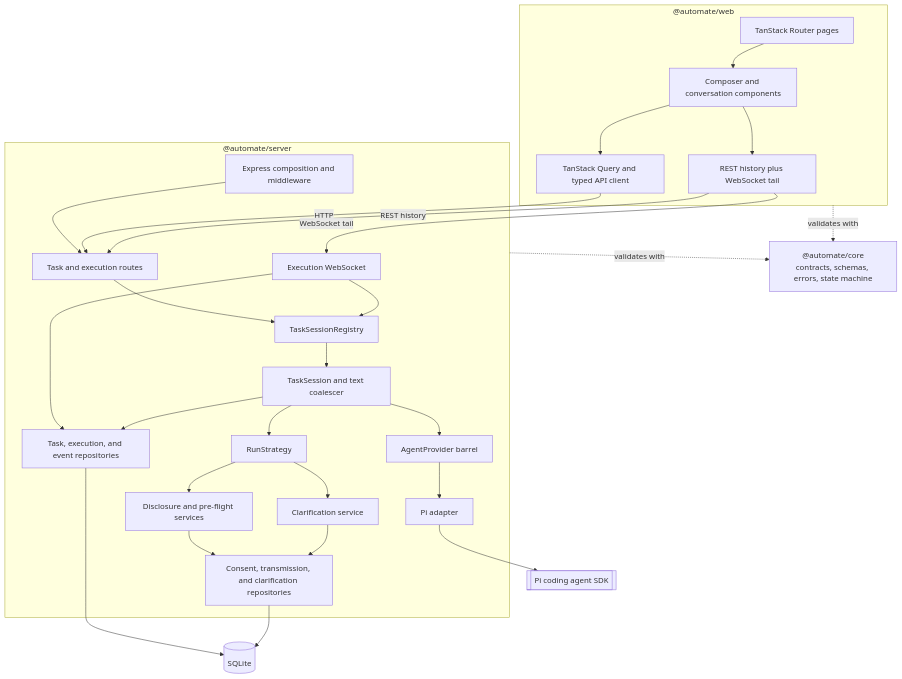
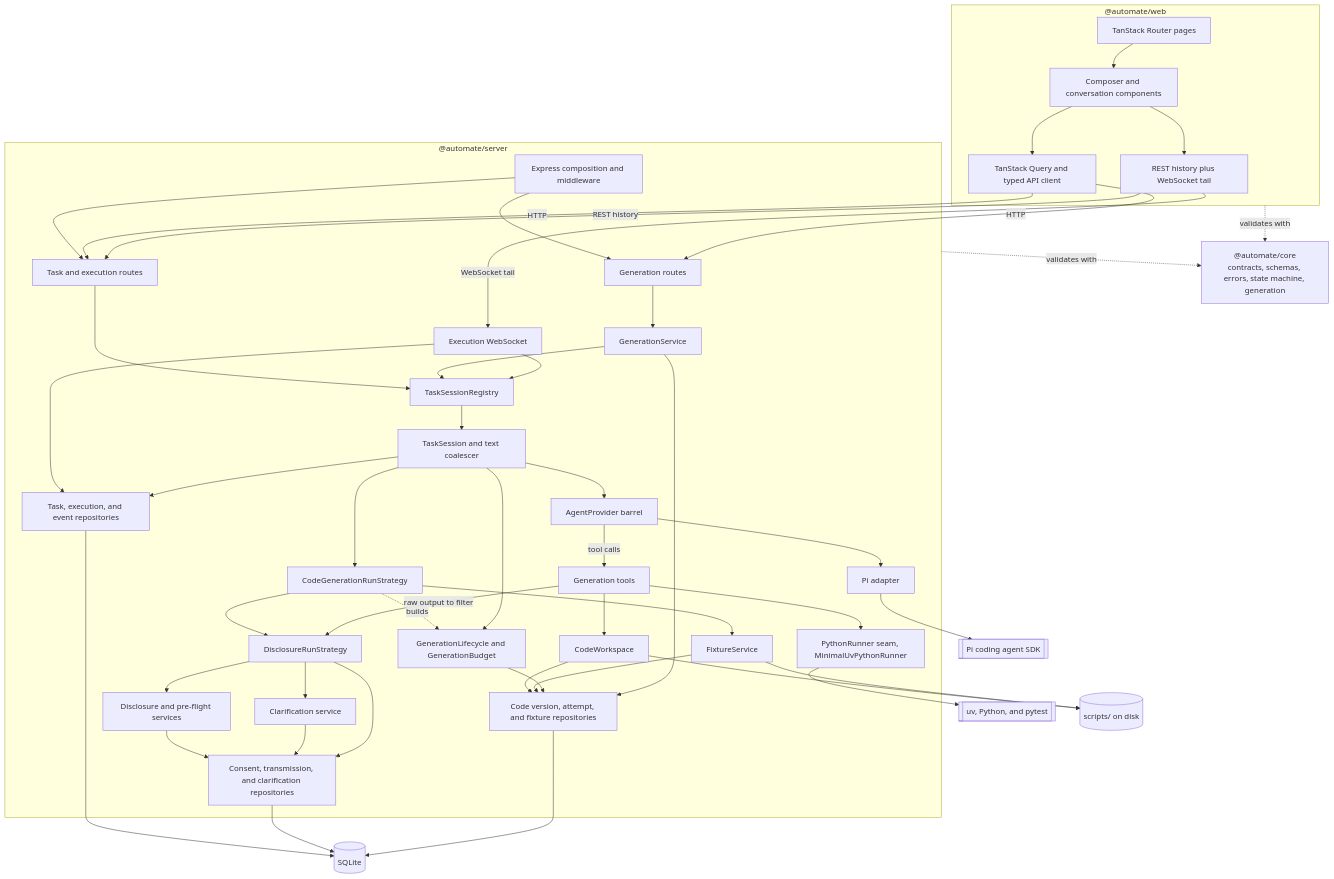
Before and after one commit to abranjith/auto-mate: the second of 6 diagrams in docs/architecture.md, drawn with Mermaid. The commit also changed other lines of this file and 128 other files, not shown here.

Commit message:
code generation & agent repair loop

````diff
--- a/docs/architecture.md
+++ b/docs/architecture.md
@@ -53,38 +110,65 @@
     Components --> Stream
   end
 
-  Core["@automate/core\ncontracts, schemas, errors, state machine"]
+  Core["@automate/core\ncontracts, schemas, errors, state machine, generation"]
 
   subgraph Server["@automate/server"]
     App[Express composition and middleware]
     Rest[Task and execution routes]
+    GenRoute[Generation routes]
     Socket[Execution WebSocket]
     Registry[TaskSessionRegistry]
     Session[TaskSession and text coalescer]
-    Strategy[RunStrategy]
+    Strategy[CodeGenerationRunStrategy]
+    Inner[DisclosureRunStrategy]
+    Lifecycle[GenerationLifecycle and GenerationBudget]
+    Tools[Generation tools]
+    Workspace[CodeWorkspace]
+    Fixtures[FixtureService]
+    GenService[GenerationService]
+    Runner["PythonRunner seam, MinimalUvPythonRunner"]
     Disclosure[Disclosure and pre-flight services]
     Clarification[Clarification service]
     Repos[Task, execution, and event repositories]
     DisclosureRepos[Consent, transmission, and clarification repositories]
+    GenRepos[Code version, attempt, and fixture repositories]
     Agent[AgentProvider barrel]
     Adapter[Pi adapter]
     App --> Rest
+    App --> GenRoute
     Rest --> Registry
+    GenRoute --> GenService
+    GenService --> Registry
     Socket --> Registry
     Socket --> Repos
     Registry --> Session
     Session --> Strategy
-    Strategy --> Disclosure
-    Strategy --> Clarification
+    Strategy --> Inner
+    Strategy --> Fixtures
+    Strategy -. builds .-> Lifecycle
+    Session --> Lifecycle
+    Inner --> Disclosure
+    Inner --> Clarification
     Session --> Repos
     Session --> Agent
     Agent --> Adapter
+    Agent -->|tool calls| Tools
+    Tools --> Workspace
+    Tools --> Runner
+    Tools -->|raw output to filter| Inner
+    Workspace --> GenRepos
+    Fixtures --> GenRepos
+    Lifecycle --> GenRepos
+    GenService --> GenRepos
   end
 
   Store[(SQLite)]
   Sdk[[Pi coding agent SDK]]
+  Uv[[uv, Python, and pytest]]
+  ScriptsDir[("scripts/ on disk")]
 
   Queries -->|HTTP| Rest
+  Queries -->|HTTP| GenRoute
   Stream -->|REST history| Rest
   Stream -->|WebSocket tail| Socket
   Web -. validates with .-> Core
@@ -92,6 +176,11 @@
   Repos --> Store
   Disclosure --> DisclosureRepos
   Clarification --> DisclosureRepos
+  Inner --> DisclosureRepos
   DisclosureRepos --> Store
+  GenRepos --> Store
   Adapter --> Sdk
+  Runner --> Uv
+  Workspace --> ScriptsDir
+  Fixtures --> ScriptsDir
 ```
````
